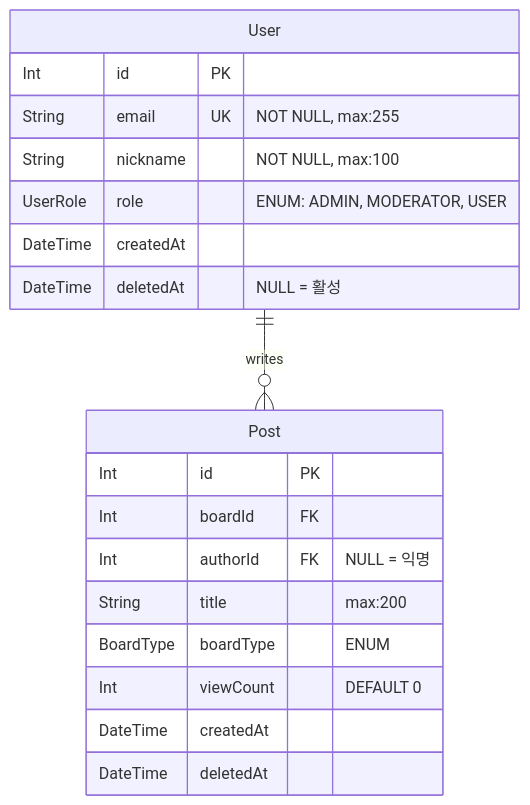
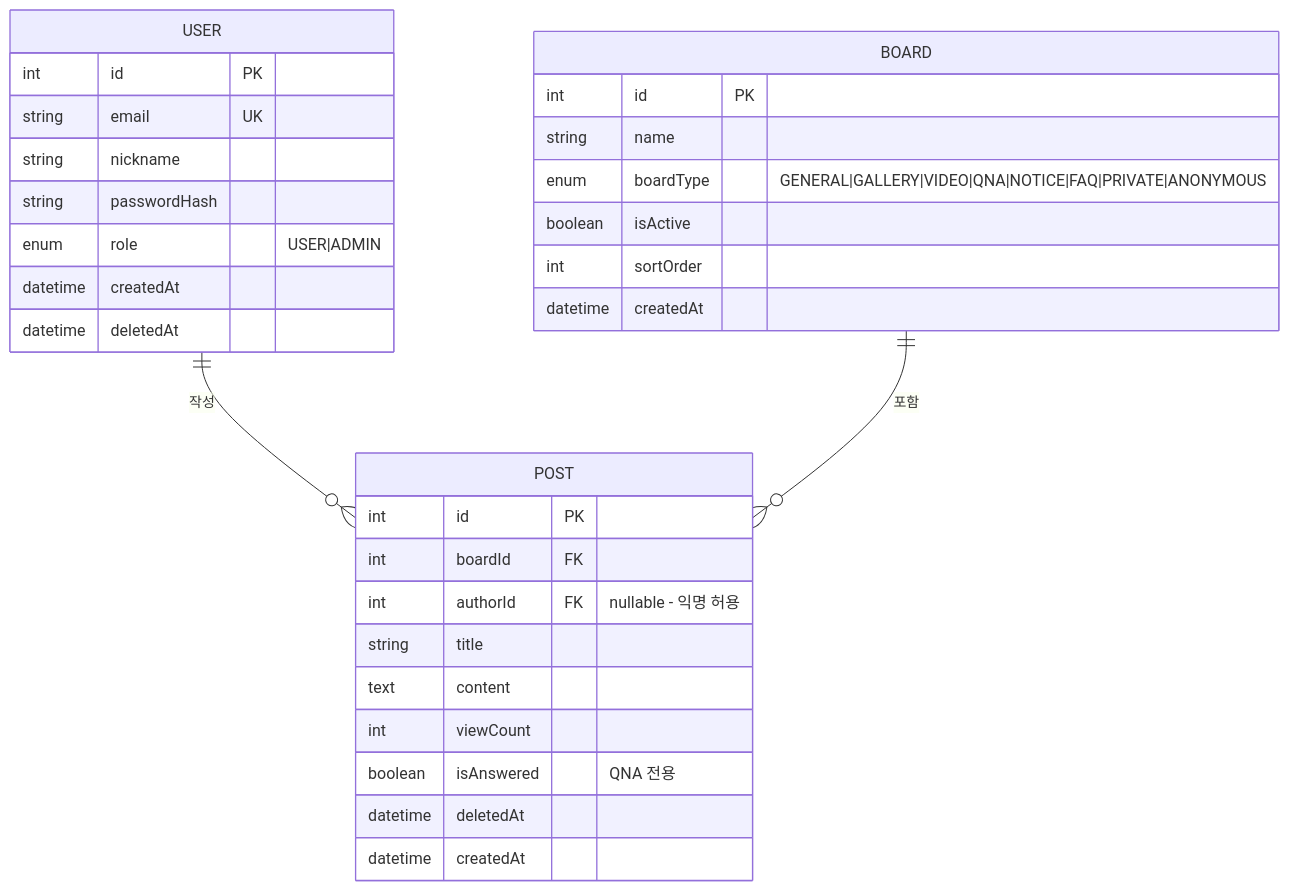
Before and after one commit to sipark-wfai/Agentic-Dev-Master-Textbooks: the first of 2 diagrams in 2. Google Antigravity 2.0 & IDE/11. 에이전트 친화적 분석설계서 작성법.md, drawn with Mermaid. The commit also changed other lines of this file and 60 other files, not shown here.

````diff
--- a/2. Google Antigravity 2.0 & IDE/11. 에이전트 친화적 분석설계서 작성법.md
+++ b/2. Google Antigravity 2.0 & IDE/11. 에이전트 친화적 분석설계서 작성법.md
@@ -58,22 +23,36 @@
 ```mermaid
 erDiagram
-  User {
-    Int id PK
-    String email UK "NOT NULL, max:255"
-    String nickname "NOT NULL, max:100"
-    UserRole role "ENUM: ADMIN, MODERATOR, USER"
-    DateTime createdAt
-    DateTime deletedAt "NULL = 활성"
+  USER {
+    int id PK
+    string email UK
+    string nickname
+    string passwordHash
+    enum role "USER|ADMIN"
+    datetime createdAt
+    datetime deletedAt
   }
-  Post {
-    Int id PK
-    Int boardId FK
-    Int authorId FK "NULL = 익명"
-    String title "max:200"
-    BoardType boardType "ENUM"
-    Int viewCount "DEFAULT 0"
-    DateTime createdAt
-    DateTime deletedAt
+  
+  BOARD {
+    int id PK
+    string name
+    enum boardType "GENERAL|GALLERY|VIDEO|QNA|NOTICE|FAQ|PRIVATE|ANONYMOUS"
+    boolean isActive
+    int sortOrder
+    datetime createdAt
   }
-  User ||--o{ Post : "writes"
+  
+  POST {
+    int id PK
+    int boardId FK
+    int authorId FK "nullable - 익명 허용"
+    string title
+    text content
+    int viewCount
+    boolean isAnswered "QNA 전용"
+    datetime deletedAt
+    datetime createdAt
+  }
+  
+  USER ||--o{ POST : "작성"
+  BOARD ||--o{ POST : "포함"
 ```
````
